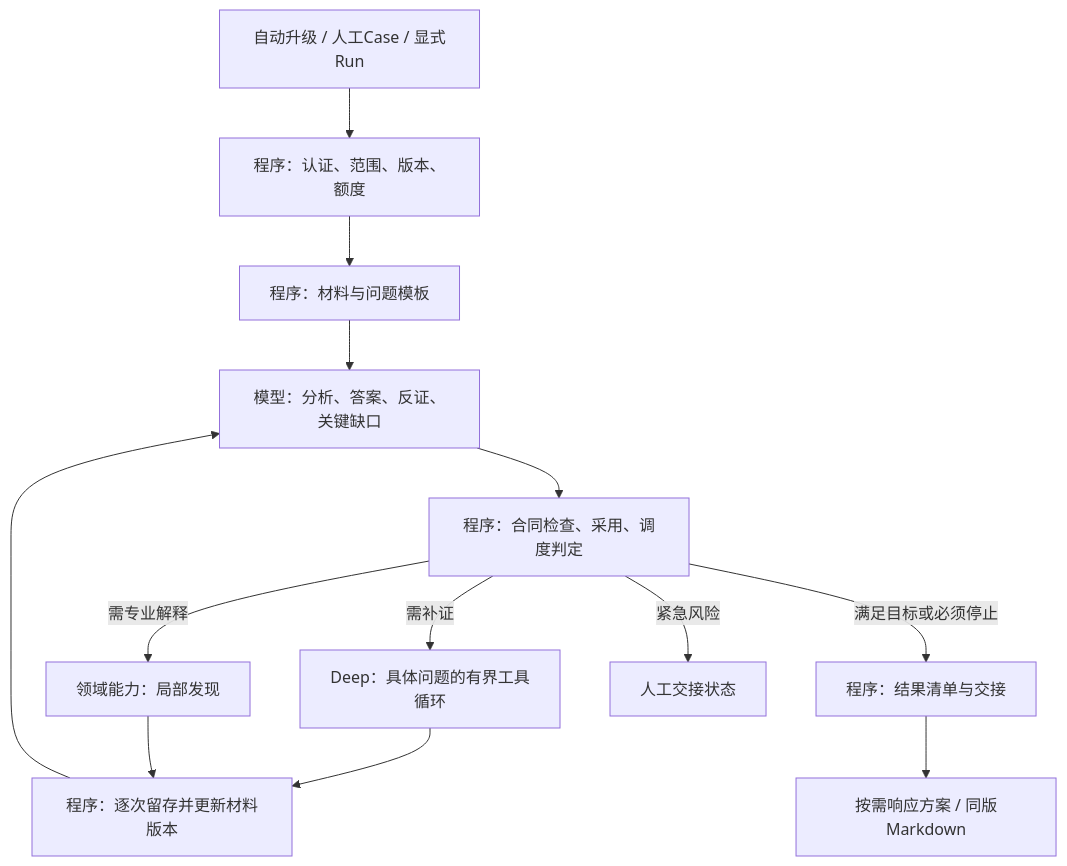
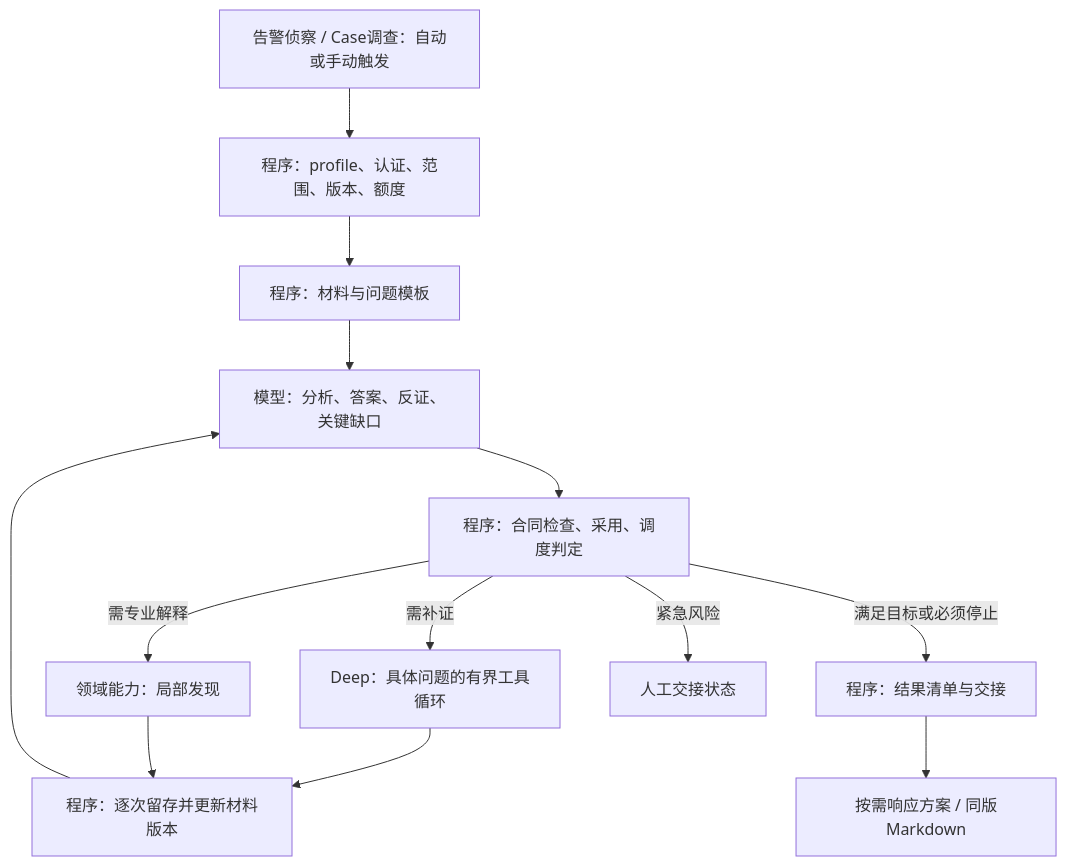
Before and after one commit to Dinines/socai2: the first of 2 diagrams in docs/architecture/investigation-planning-design.md, drawn with Mermaid. The commit also changed other lines of this file and 49 other files, not shown here.

````diff
--- a/docs/architecture/investigation-planning-design.md
+++ b/docs/architecture/investigation-planning-design.md
@@ -46,15 +60,15 @@
 ```mermaid
 flowchart TD
-    A[自动升级 / 人工Case / 显式Run] --> B[程序：认证、范围、版本、额度]
+    A[告警侦察 / Case调查：自动或手动触发] --> B[程序：profile、认证、范围、版本、额度]
     B --> C[程序：材料与问题模板]
     C --> D[模型：分析、答案、反证、关键缺口]
     D --> E[程序：合同检查、采用、调度判定]
     E -->|需补证| F[Deep：具体问题的有界工具循环]
     E -->|需专业解释| G[领域能力：局部发现]
     F --> H[程序：逐次留存并更新材料版本]
     G --> H
     H --> D
     E -->|满足目标或必须停止| I[程序：结果清单与交接]
     I --> J[按需响应方案 / 同版Markdown]
     E -->|紧急风险| K[人工交接状态]
 ```
````
